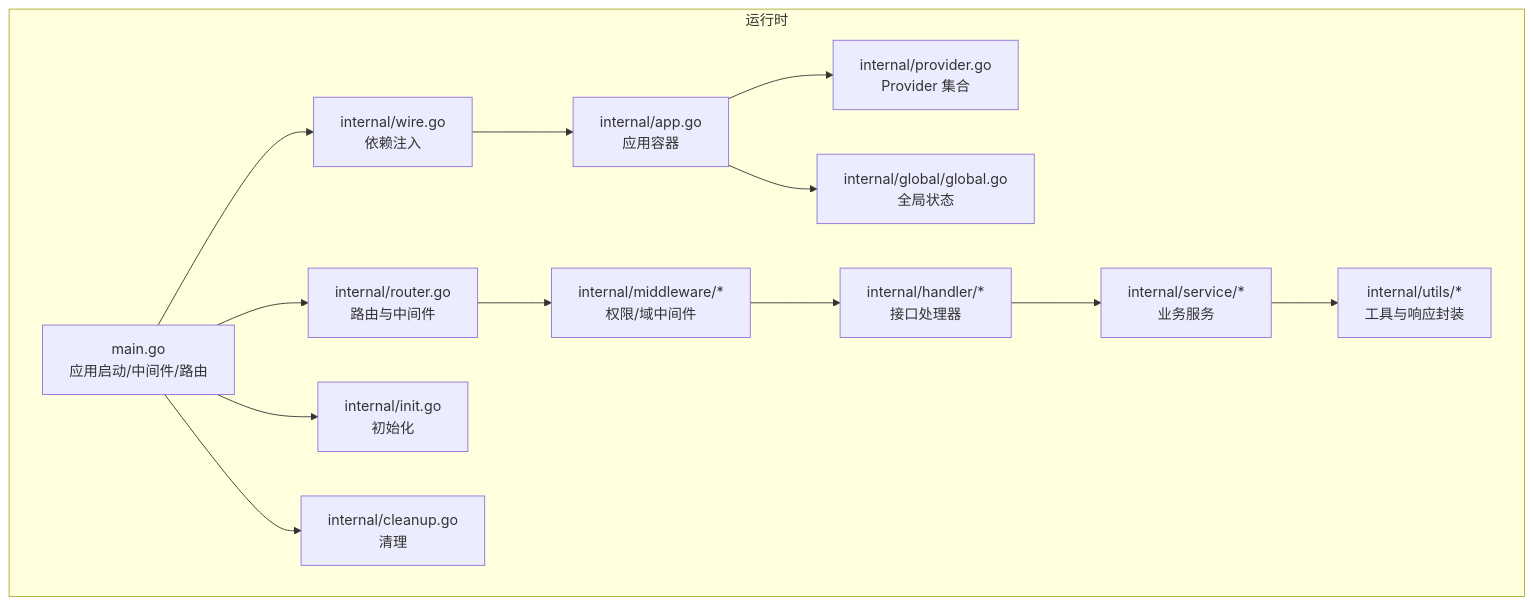
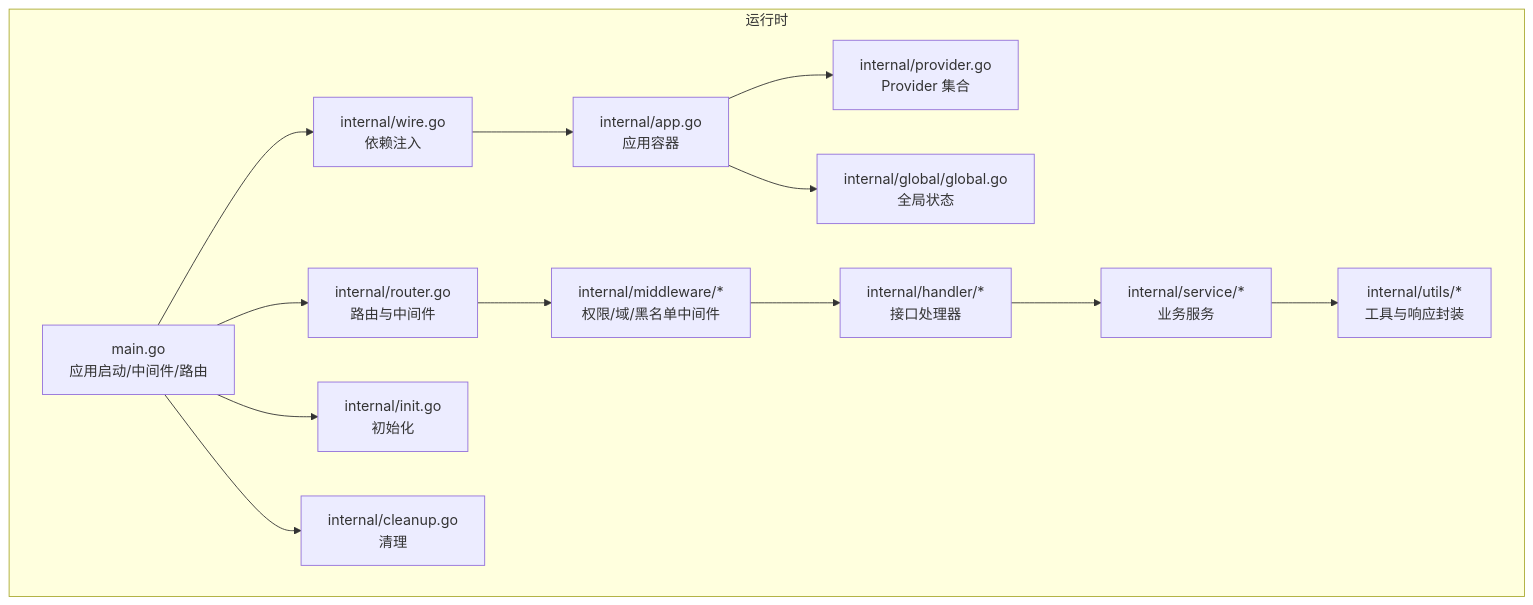
One commit to wuwuseo/e-sports-go-admin changed the second of 7 diagrams in .qoder/repowiki/zh/content/开发指南/代码规范与最佳实践.md. Above: the diagram before and after it, drawn with Mermaid. The commit also changed other lines of this file and 42 other files, not shown here.

````diff
--- a/.qoder/repowiki/zh/content/开发指南/代码规范与最佳实践.md
+++ b/.qoder/repowiki/zh/content/开发指南/代码规范与最佳实践.md
@@ -114,22 +123,22 @@
 ```mermaid
 graph TB
 subgraph "运行时"
 M["main.go<br/>应用启动/中间件/路由"]
 W["internal/wire.go<br/>依赖注入"]
 A["internal/app.go<br/>应用容器"]
 P["internal/provider.go<br/>Provider 集合"]
 R["internal/router.go<br/>路由与中间件"]
-MW["internal/middleware/*<br/>权限/域中间件"]
+MW["internal/middleware/*<br/>权限/域/黑名单中间件"]
 H["internal/handler/*<br/>接口处理器"]
 S["internal/service/*<br/>业务服务"]
 U["internal/utils/*<br/>工具与响应封装"]
 G["internal/global/global.go<br/>全局状态"]
 I["internal/init.go<br/>初始化"]
 C["internal/cleanup.go<br/>清理"]
 end
 M --> W --> A --> P
 M --> R --> MW --> H --> S --> U
 A --> G
 M --> I
 M --> C
 ```
````
